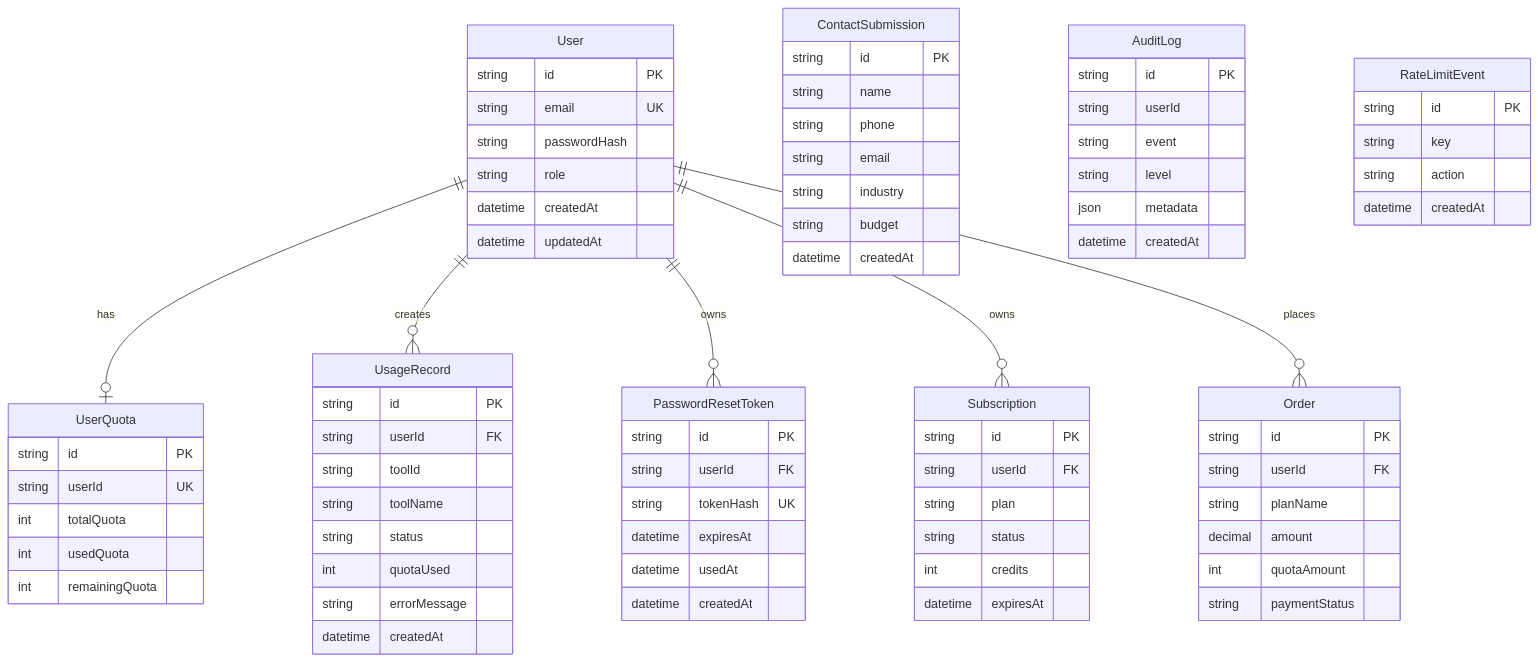
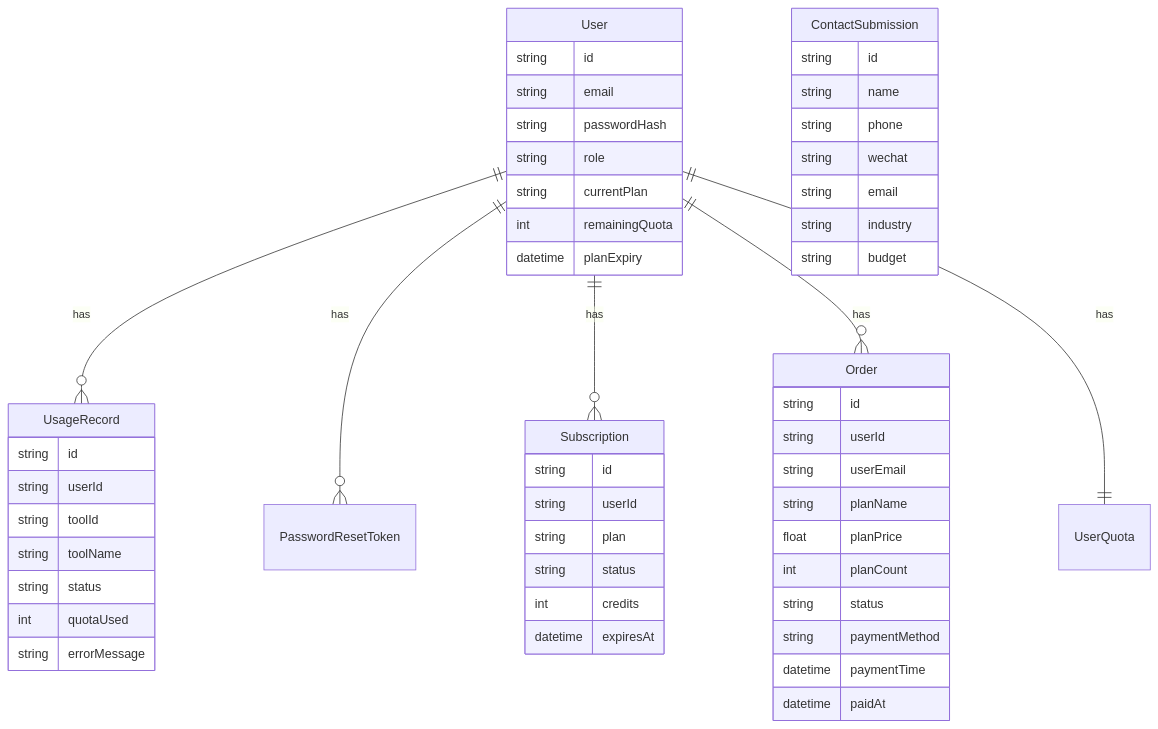
One commit to yan073747/ai-office-toolbox changed the sixth of 11 diagrams in docs/AI工具箱V2.0完整技术文档.md. Above: the diagram before and after it, drawn with Mermaid. The commit also changed other lines of this file, not shown here.

````diff
--- a/docs/AI工具箱V2.0完整技术文档.md
+++ b/docs/AI工具箱V2.0完整技术文档.md
@@ -719,51 +587,34 @@
 ```mermaid
 erDiagram
-  User ||--o| UserQuota : has
-  User ||--o{ UsageRecord : creates
-  User ||--o{ PasswordResetToken : owns
-  User ||--o{ Subscription : owns
-  User ||--o{ Order : places
+  User ||--o{ UsageRecord : has
+  User ||--o{ PasswordResetToken : has
+  User ||--o{ Subscription : has
+  User ||--o{ Order : has
+  User ||--|| UserQuota : has
 
   User {
-    string id PK
-    string email UK
+    string id
+    string email
     string passwordHash
     string role
-    datetime createdAt
-    datetime updatedAt
-  }
-
-  UserQuota {
-    string id PK
-    string userId UK
-    int totalQuota
-    int usedQuota
+    string currentPlan
     int remainingQuota
+    datetime planExpiry
   }
 
   UsageRecord {
-    string id PK
-    string userId FK
+    string id
+    string userId
     string toolId
     string toolName
     string status
     int quotaUsed
     string errorMessage
-    datetime createdAt
-  }
-
-  PasswordResetToken {
-    string id PK
-    string userId FK
-    string tokenHash UK
-    datetime expiresAt
-    datetime usedAt
-    datetime createdAt
   }
 
   Subscription {
-    string id PK
-    string userId FK
+    string id
+    string userId
     string plan
     string status
     int credits
@@ -771,37 +622,25 @@
   }
 
   Order {
-    string id PK
-    string userId FK
+    string id
+    string userId
+    string userEmail
     string planName
-    decimal amount
-    int quotaAmount
-    string paymentStatus
+    float planPrice
+    int planCount
+    string status
+    string paymentMethod
+    datetime paymentTime
+    datetime paidAt
   }
 
   ContactSubmission {
-    string id PK
+    string id
     string name
     string phone
+    string wechat
     string email
     string industry
     string budget
-    datetime createdAt
-  }
-
-  AuditLog {
-    string id PK
-    string userId
-    string event
-    string level
-    json metadata
-    datetime createdAt
-  }
-
-  RateLimitEvent {
-    string id PK
-    string key
-    string action
-    datetime createdAt
   }
 ```
````
